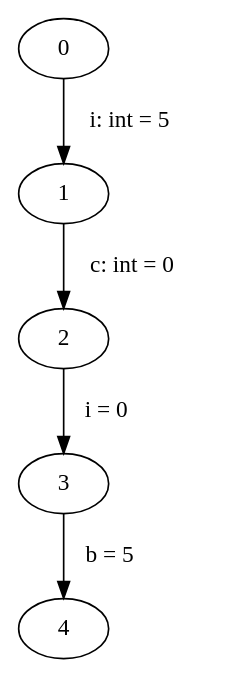
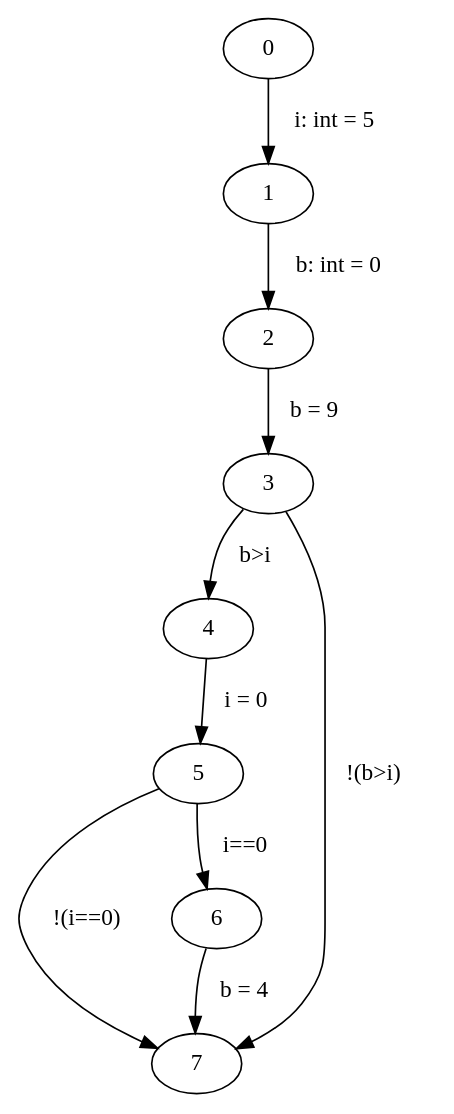
Before and after one commit to FloKes/ProgramAnalysis: the diagram in src/main/java/graphviz/input.dot, drawn with Graphviz. The commit also changed 7 other files, not shown here.

Commit message:
Added graph generation for If statement and Block

```diff
--- a/src/main/java/graphviz/input.dot
+++ b/src/main/java/graphviz/input.dot
@@ -1,6 +1,11 @@
 digraph ProgramGraph{
 "0" -> "1" [label="  i: int = 5   "] 
-"1" -> "2" [label="  c: int = 0   "] 
-"2" -> "3" [label="  i = 0   "] 
-"3" -> "4" [label="  b = 5   "] 
+"1" -> "2" [label="  b: int = 0   "] 
+"2" -> "3" [label="  b = 9   "] 
+"3" -> "4" [label="  b>i   "] 
+"3" -> "7" [label="  !(b>i)   "] 
+"4" -> "5" [label="  i = 0   "] 
+"5" -> "6" [label="  i==0   "] 
+"5" -> "7" [label="  !(i==0)   "] 
+"6" -> "7" [label="  b = 4   "] 
 }
```
